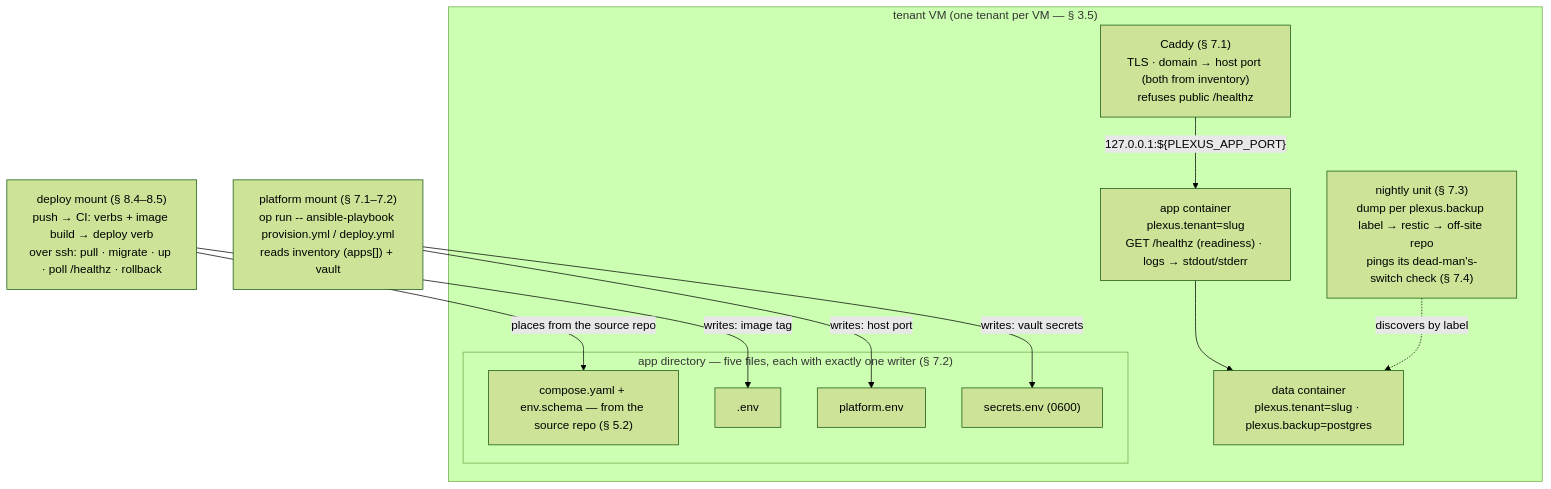
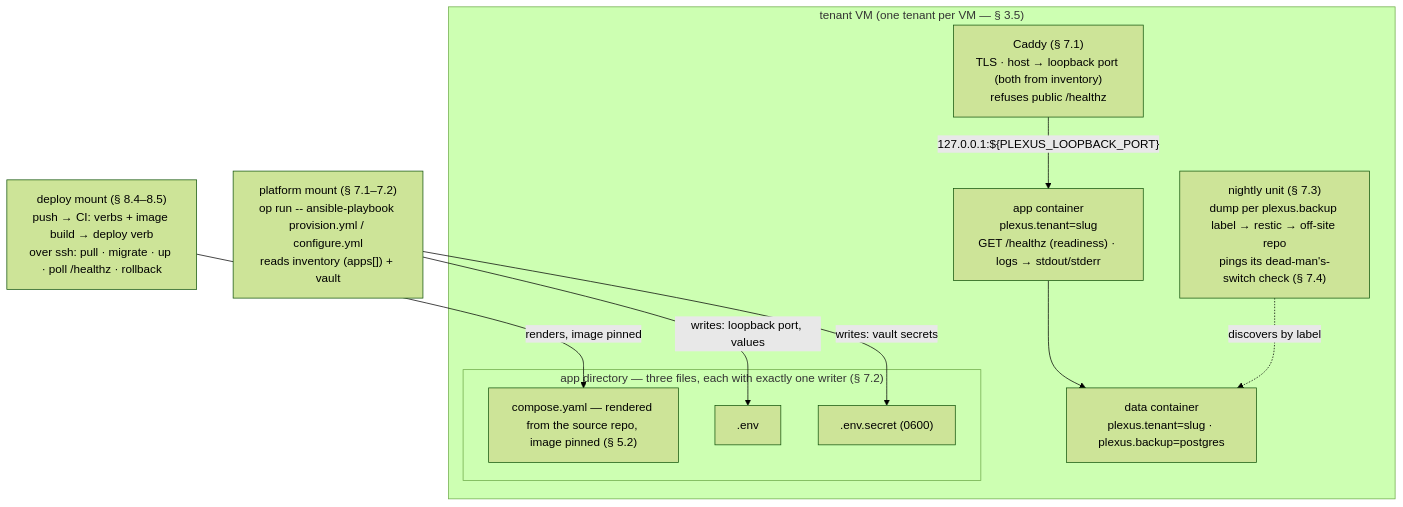
One commit to plexus-ms/compendium changed the second of 2 diagrams in plexus/standard.md. Above: the diagram before and after it, drawn with Mermaid (forest theme). The commit also changed other lines of this file and 2 other files, not shown here.

First line of the commit message:
standard: replace env.schema with the platform-provided environment

````diff
--- a/plexus/standard.md
+++ b/plexus/standard.md
@@ -453,24 +458,22 @@
 ```mermaid
 flowchart TB
-  provisioning["platform mount (§ 7.1–7.2)<br>op run -- ansible-playbook provision.yml / deploy.yml<br>reads inventory (apps[]) + vault"]
+  provisioning["platform mount (§ 7.1–7.2)<br>op run -- ansible-playbook provision.yml / configure.yml<br>reads inventory (apps[]) + vault"]
   deploy["deploy mount (§ 8.4–8.5)<br>push → CI: verbs + image build → deploy verb<br>over ssh: pull · migrate · up · poll /healthz · rollback"]
   subgraph vm["tenant VM (one tenant per VM — § 3.5)"]
-    caddy["Caddy (§ 7.1)<br>TLS · domain → host port (both from inventory)<br>refuses public /healthz"]
-    subgraph appdir["app directory — five files, each with exactly one writer (§ 7.2)"]
-      compose["compose.yaml + env.schema — from the source repo (§ 5.2)"]
+    caddy["Caddy (§ 7.1)<br>TLS · host → loopback port (both from inventory)<br>refuses public /healthz"]
+    subgraph appdir["app directory — three files, each with exactly one writer (§ 7.2)"]
+      compose["compose.yaml — rendered from the source repo, image pinned (§ 5.2)"]
       dotenv[".env"]
-      platformenv["platform.env"]
-      secretsenv["secrets.env (0600)"]
+      secretsenv[".env.secret (0600)"]
     end
     app["app container<br>plexus.tenant=slug<br>GET /healthz (readiness) · logs → stdout/stderr"]
     data["data container<br>plexus.tenant=slug · plexus.backup=postgres"]
     backup["nightly unit (§ 7.3)<br>dump per plexus.backup label → restic → off-site repo<br>pings its dead-man's-switch check (§ 7.4)"]
   end
-  provisioning -- "writes: host port" --> platformenv
+  provisioning -- "writes: loopback port, values" --> dotenv
   provisioning -- "writes: vault secrets" --> secretsenv
-  deploy -- "writes: image tag" --> dotenv
-  deploy -- "places from the source repo" --> compose
-  caddy -- "127.0.0.1:${PLEXUS_APP_PORT}" --> app
+  deploy -- "renders, image pinned" --> compose
+  caddy -- "127.0.0.1:${PLEXUS_LOOPBACK_PORT}" --> app
   app --> data
   backup -. "discovers by label" .-> data
 ```
````
